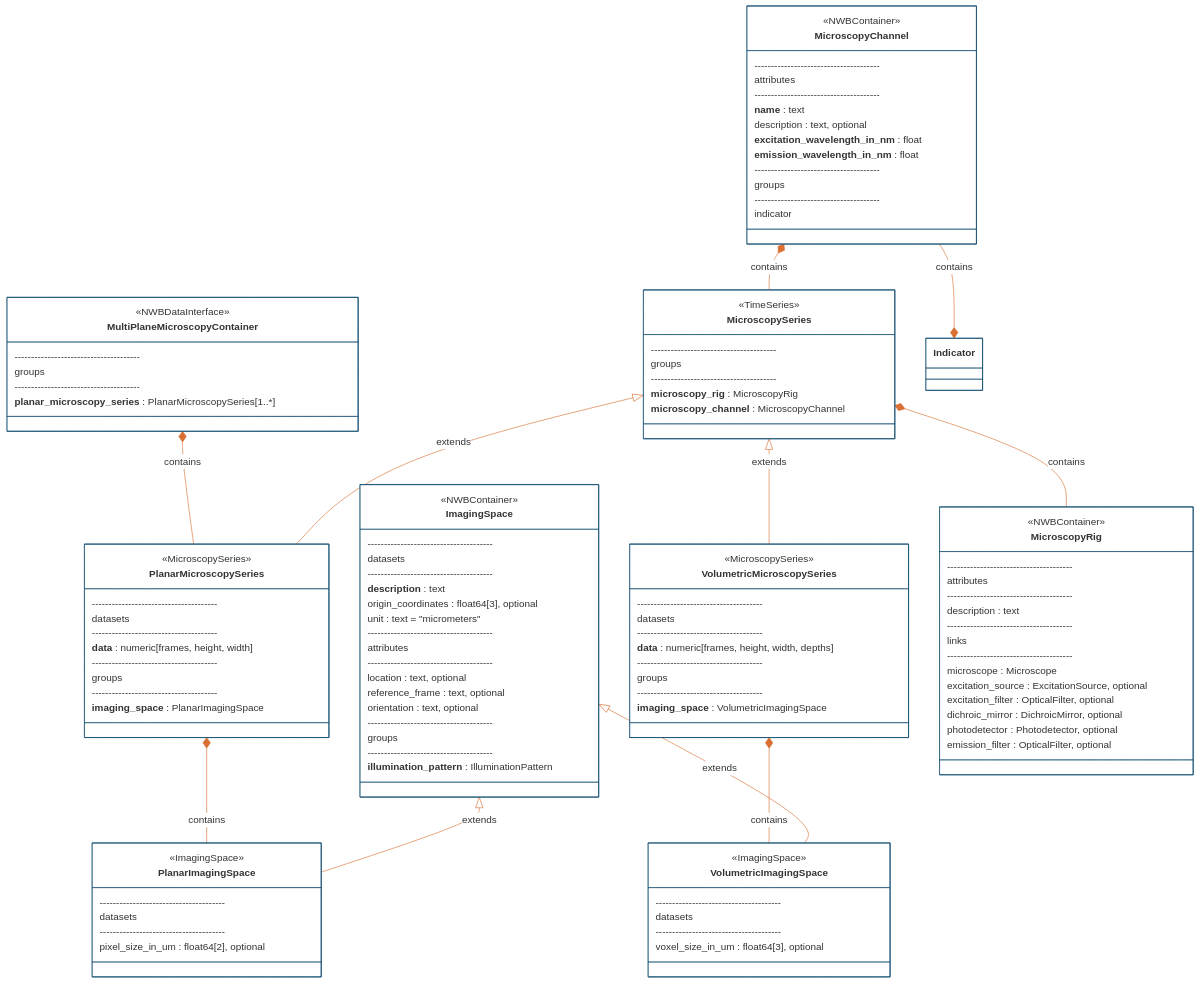
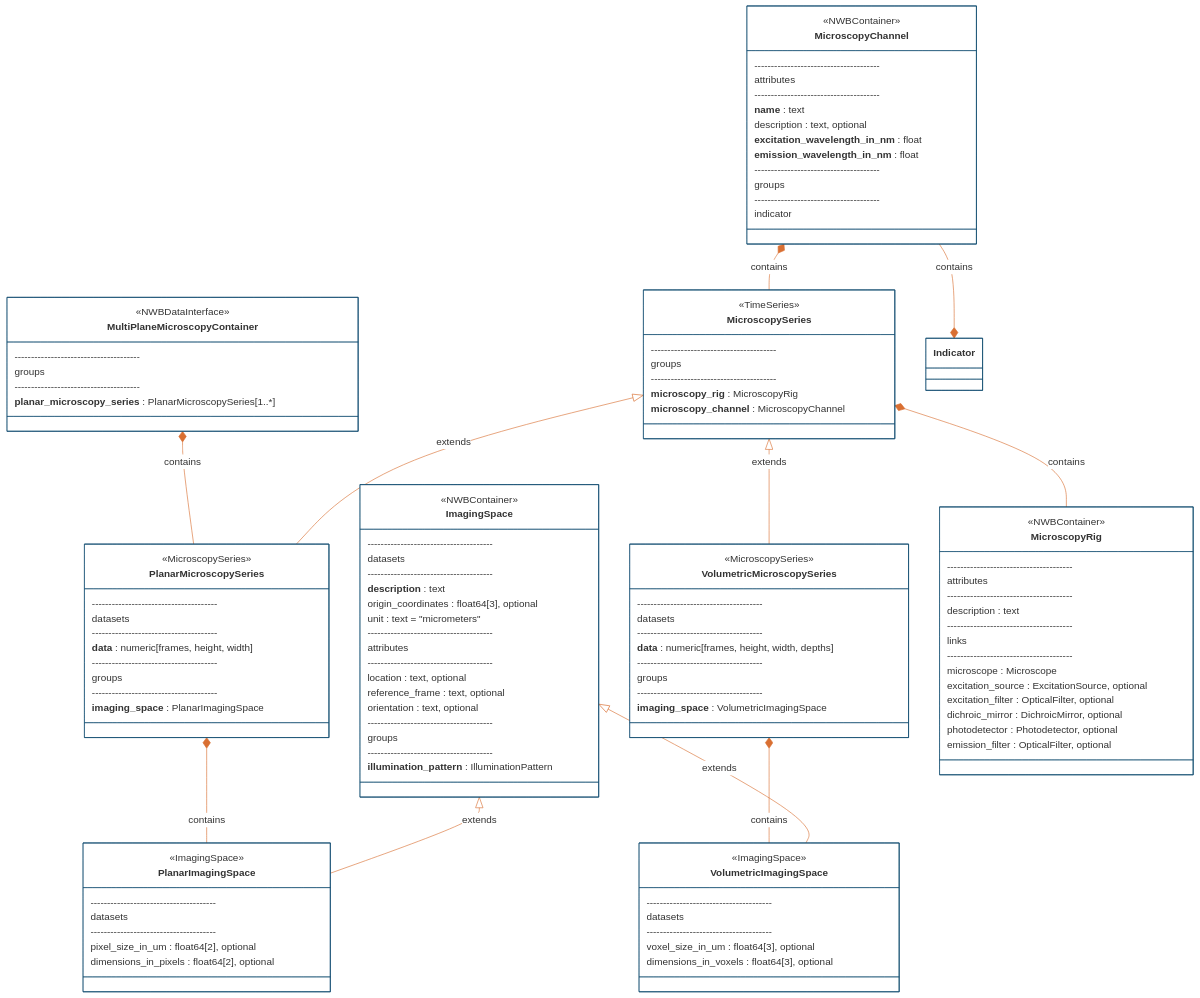
The third of 4 diagrams in README.md (catalystneuro/ndx-microscopy), drawn with Mermaid before and after one commit. The commit also changed 11 other files, not shown here.

```diff
--- a/README.md
+++ b/README.md
@@ -356,6 +356,7 @@
         datasets
         --------------------------------------
         pixel_size_in_um : float64[2], optional
+        dimensions_in_pixels : float64[2], optional 
     }
 
     class VolumetricImagingSpace {
@@ -364,6 +365,7 @@
         datasets
         --------------------------------------
         voxel_size_in_um : float64[3], optional
+        dimensions_in_voxels : float64[3], optional 
     }
 
     class MicroscopyRig {
```
